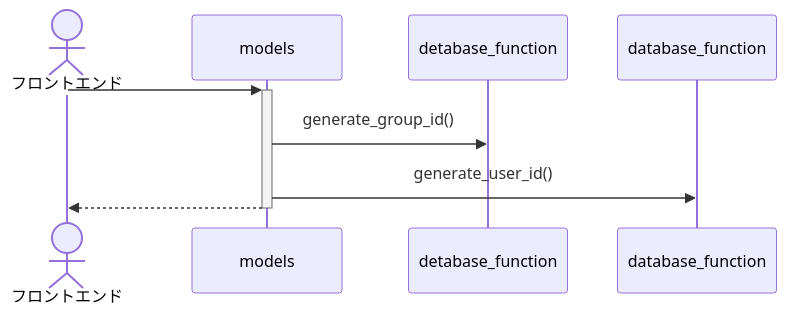
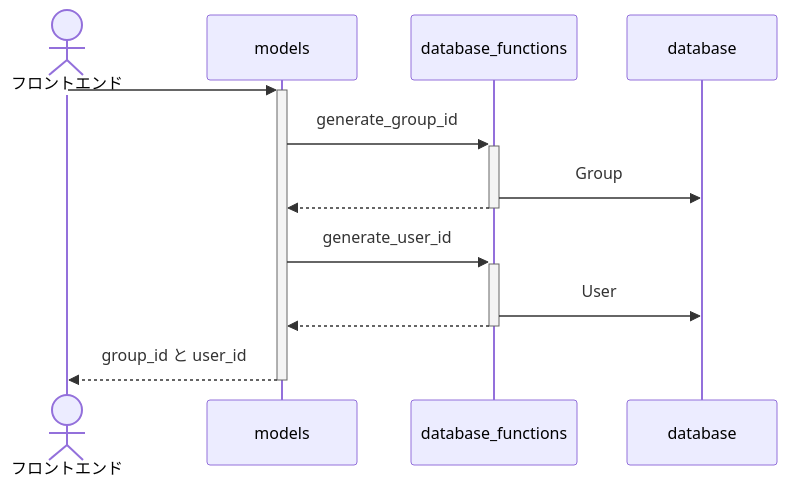
The first of 6 diagrams in python-flask/SequenceDiagram.md (seal-git/22zemi), drawn with Mermaid before and after one commit. The commit also changed other lines of this file and 1 other file, not shown here.

Commit message:
sequence diagram

````diff
--- a/python-flask/SequenceDiagram.md
+++ b/python-flask/SequenceDiagram.md
@@ -5,9 +5,13 @@
 ```mermaid
 sequenceDiagram
     actor フロントエンド
     
     フロントエンド ->>+ models : 
-    models ->> detabase_function : generate_group_id()
-    models ->> database_function : generate_user_id()
-    models -->>- フロントエンド : 
+    models ->>+ database_functions : generate_group_id
+    database_functions ->> database : Group
+    database_functions -->>- models : 
+    models ->>+ database_functions : generate_user_id
+    database_functions ->> database : User
+    database_functions -->>- models : 
+    models -->>- フロントエンド : group_id と user_id
 ```
````
